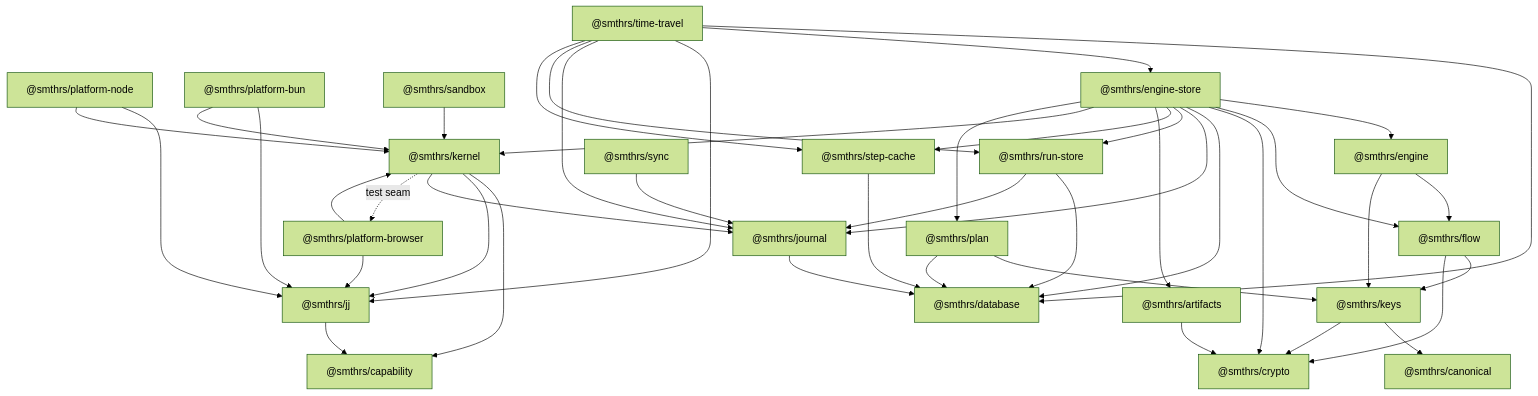
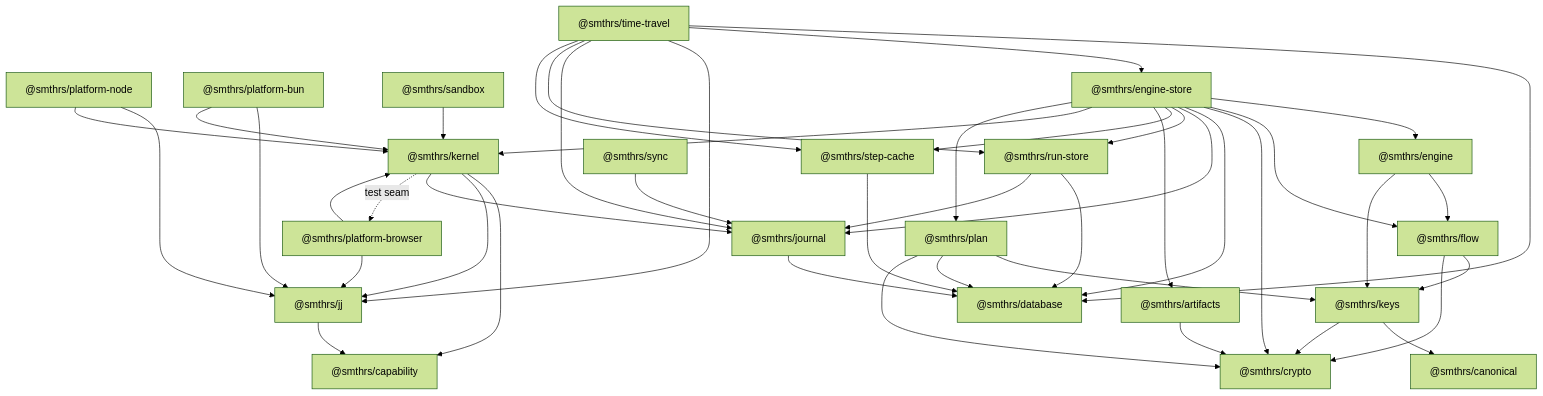
The diagram in docs/pages/architecture/package-map.md (codeplaneapp/smithers), drawn with Mermaid (forest theme) before and after one commit. The commit also changed other lines of this file and 131 other files, not shown here.

````diff
--- a/docs/pages/architecture/package-map.md
+++ b/docs/pages/architecture/package-map.md
@@ -11,55 +11,56 @@
 ```mermaid
 flowchart TD
   PN["@smthrs/platform-node"]
   PBUN["@smthrs/platform-bun"]
   JJ["@smthrs/jj"]
   SB["@smthrs/sandbox"]
   PB["@smthrs/platform-browser"]
   D["@smthrs/database"]
   C["@smthrs/canonical"]
   Crypto["@smthrs/crypto"]
   CAP["@smthrs/capability"]
 
   J["@smthrs/journal"] --> D
   RS["@smthrs/run-store"] --> D
   RS --> J
   SC["@smthrs/step-cache"] --> D
   A["@smthrs/artifacts"] --> Crypto
   PB --> JJ
   PB --> K
   PN --> JJ
   PN --> K
   PBUN --> JJ
   PBUN --> K
   SB --> K
   K["@smthrs/kernel"] --> CAP
   K --> JJ
   K --> J
   K -.test seam.-> PB
   JJ --> CAP
   F["@smthrs/flow"] --> Keys["@smthrs/keys"]
   F --> Crypto
   W["@smthrs/engine"] --> F
   W --> Keys
   Keys --> C
   Keys --> Crypto
   P["@smthrs/plan"] --> Keys
   P --> D
+  P --> Crypto
   E["@smthrs/engine-store"] --> W
   E --> F
   E --> Crypto
   E --> D
   E --> J
   E --> RS
   E --> SC
   E --> A
   E --> K
   E --> P
   S["@smthrs/sync"] --> J
   T["@smthrs/time-travel"] --> D
   T --> E
   T --> JJ
   T --> J
   T --> RS
   T --> SC
 ```
````
